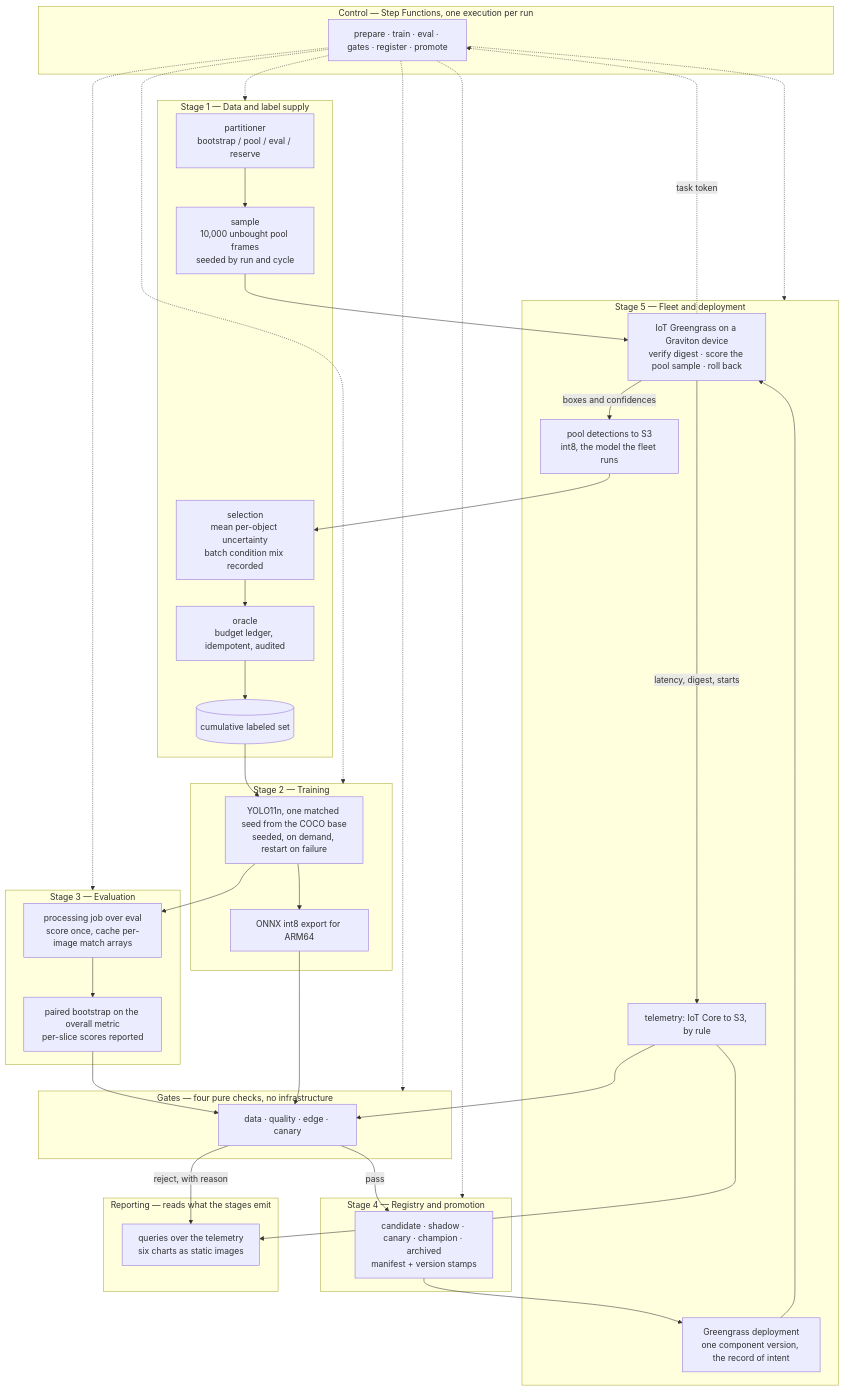
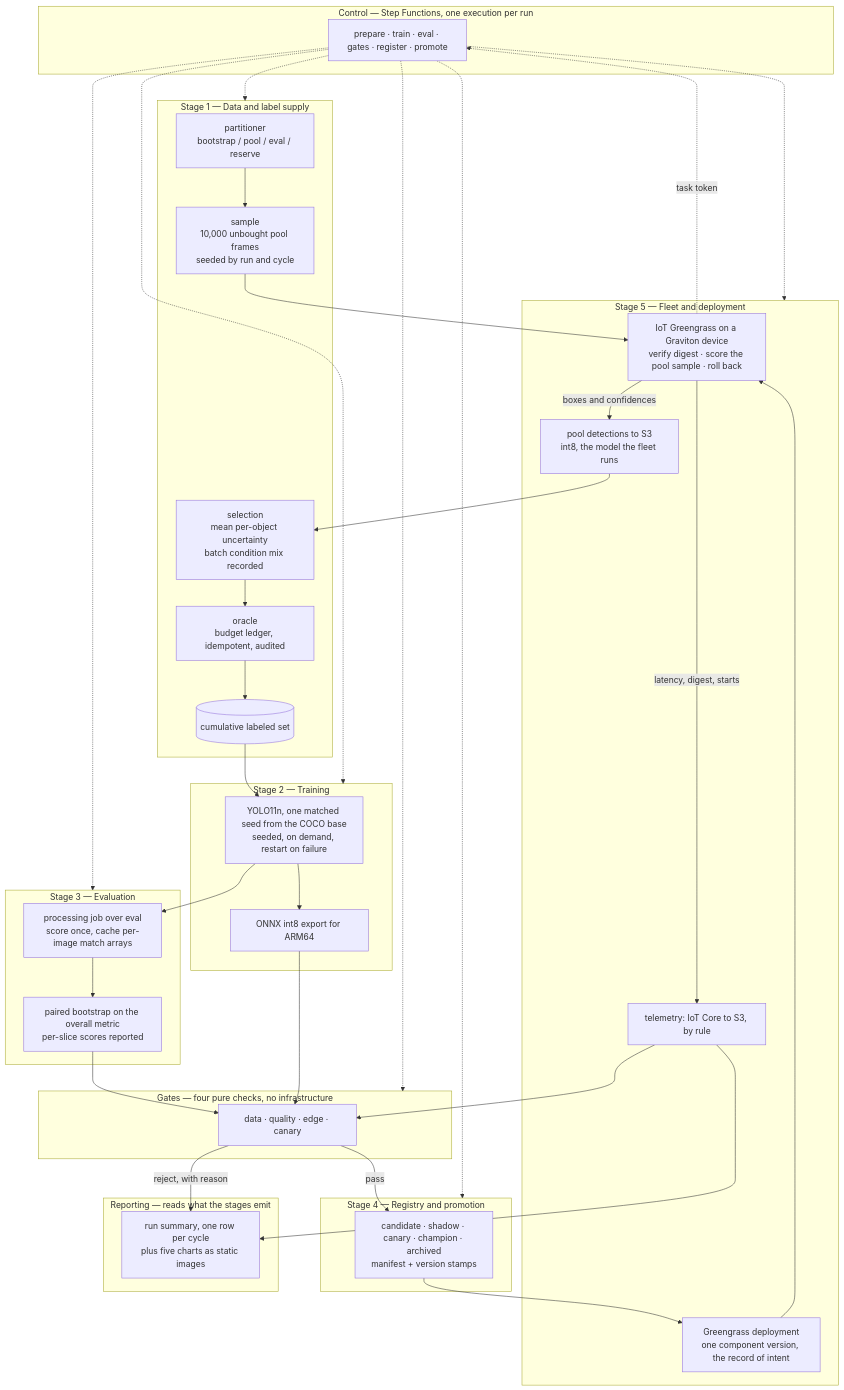
The diagram in docs/00-overview.md (arnavnair220/edge-ml-flywheel), drawn with Mermaid before and after one commit. The commit also changed other lines of this file and 9 other files, not shown here.

````diff
--- a/docs/00-overview.md
+++ b/docs/00-overview.md
@@ -100,71 +100,71 @@
 ```mermaid
 flowchart TB
     subgraph CTRL["Control — Step Functions, one execution per run"]
         SFN["prepare · train · eval · gates · register · promote"]
     end
 
     subgraph DATA["Stage 1 — Data and label supply"]
         PART["partitioner<br/>bootstrap / pool / eval / reserve"]
         SAMPLE["sample<br/>10,000 unbought pool frames<br/>seeded by run and cycle"]
         SEL["selection<br/>mean per-object uncertainty<br/>batch condition mix recorded"]
         ORACLE["oracle<br/>budget ledger, idempotent, audited"]
         POOL[("cumulative labeled set")]
     end
 
     subgraph TRAIN["Stage 2 — Training"]
         SEEDS["YOLO11n, one matched seed from the COCO base<br/>seeded, on demand, restart on failure"]
         EXPORT["ONNX int8 export for ARM64"]
     end
 
     subgraph EVAL["Stage 3 — Evaluation"]
         SCORE["processing job over eval<br/>score once, cache per-image match arrays"]
         BOOT["paired bootstrap on the overall metric<br/>per-slice scores reported"]
     end
 
     subgraph GATE["Gates — four pure checks, no infrastructure"]
         G["data · quality · edge · canary"]
     end
 
     subgraph REG["Stage 4 — Registry and promotion"]
         SM["candidate · shadow · canary · champion · archived<br/>manifest + version stamps"]
     end
 
     subgraph EDGE["Stage 5 — Fleet and deployment"]
         CFG["Greengrass deployment<br/>one component version, the record of intent"]
         AGENT["IoT Greengrass on a Graviton device<br/>verify digest · score the pool sample · roll back"]
         DET["pool detections to S3<br/>int8, the model the fleet runs"]
         TEL["telemetry: IoT Core to S3, by rule"]
     end
 
     subgraph OBS["Reporting — reads what the stages emit"]
-        DASH["queries over the telemetry<br/>six charts as static images"]
+        DASH["run summary, one row per cycle<br/>plus five charts as static images"]
     end
 
     PART --> SAMPLE
     SEL --> ORACLE
     ORACLE --> POOL
     POOL --> SEEDS
     SEEDS --> SCORE
     SCORE --> BOOT
     BOOT --> G
     SEEDS --> EXPORT
     EXPORT --> G
     G -->|pass| SM
     G -->|"reject, with reason"| DASH
     SM --> CFG
     CFG --> AGENT
     SAMPLE --> AGENT
     AGENT -->|"boxes and confidences"| DET
     AGENT -->|"latency, digest, starts"| TEL
     DET --> SEL
     TEL --> G
     TEL --> DASH
 
     SFN -.-> DATA
     SFN -.-> TRAIN
     SFN -.-> EVAL
     SFN -.-> GATE
     SFN -.-> REG
     SFN -.-> EDGE
     AGENT -.->|"task token"| SFN
 ```
````
